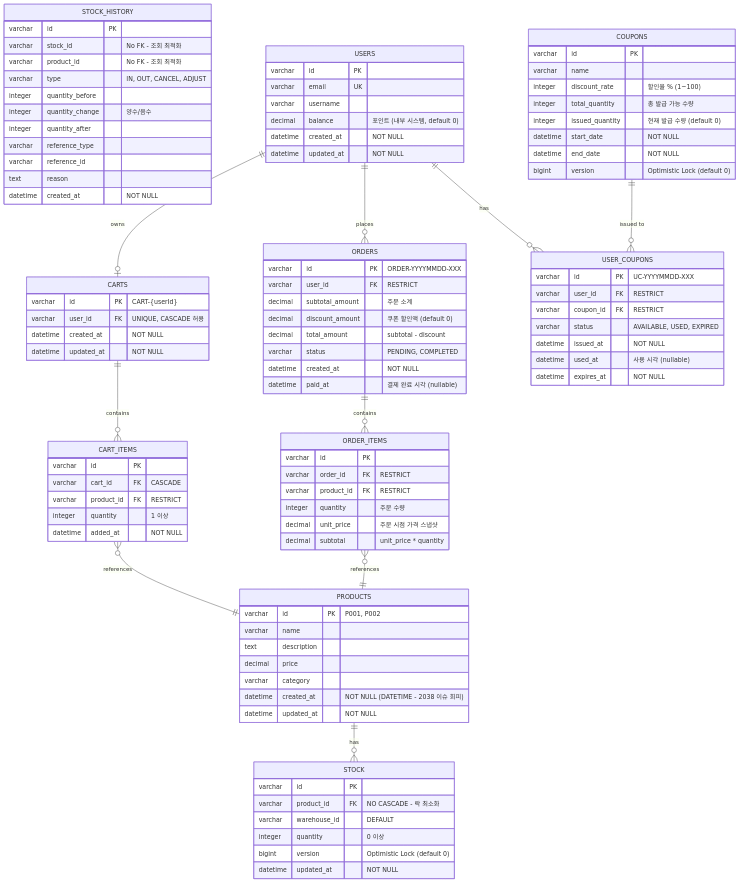
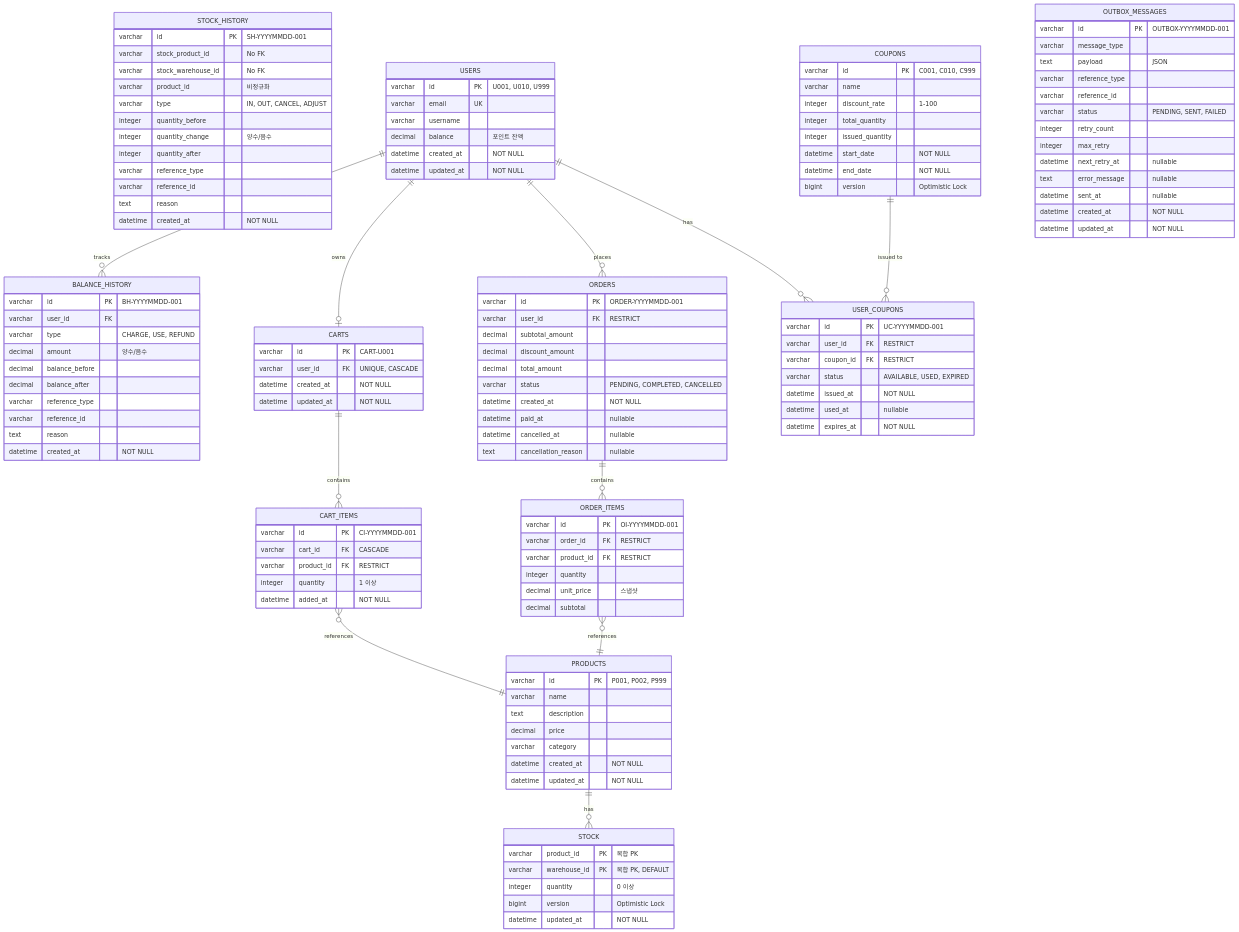
One commit to hkjs96/hhplus-ecommerce changed the diagram in docs/diagrams/erd.md. Above: the diagram before and after it, drawn with Mermaid. The commit also changed other lines of this file and 1 other file, not shown here.

First line of the commit message:
docs: Improve ERD design with 5 critical enhancements (v2.0)

```diff
--- a/docs/diagrams/erd.md
+++ b/docs/diagrams/erd.md
@@ -380,28 +448,28 @@
     %% ====================================
 
     PRODUCTS {
-        varchar id PK "P001, P002"
+        varchar id PK "P001, P002, P999"
         varchar name
         text description
         decimal price
         varchar category
-        datetime created_at "NOT NULL (DATETIME - 2038 이슈 회피)"
+        datetime created_at "NOT NULL"
         datetime updated_at "NOT NULL"
     }
 
     STOCK {
-        varchar id PK
-        varchar product_id FK "NO CASCADE - 락 최소화"
-        varchar warehouse_id "DEFAULT"
+        varchar product_id PK "복합 PK"
+        varchar warehouse_id PK "복합 PK, DEFAULT"
         integer quantity "0 이상"
-        bigint version "Optimistic Lock (default 0)"
+        bigint version "Optimistic Lock"
         datetime updated_at "NOT NULL"
     }
 
     STOCK_HISTORY {
-        varchar id PK
-        varchar stock_id "No FK - 조회 최적화"
-        varchar product_id "No FK - 조회 최적화"
+        varchar id PK "SH-YYYYMMDD-001"
+        varchar stock_product_id "No FK"
+        varchar stock_warehouse_id "No FK"
+        varchar product_id "비정규화"
         varchar type "IN, OUT, CANCEL, ADJUST"
         integer quantity_before
         integer quantity_change "양수/음수"
@@ -413,16 +481,29 @@
     }
 
     %% ====================================
-    %% 사용자
+    %% 사용자 & 포인트
     %% ====================================
 
     USERS {
-        varchar id PK
+        varchar id PK "U001, U010, U999"
         varchar email UK
         varchar username
-        decimal balance "포인트 (내부 시스템, default 0)"
+        decimal balance "포인트 잔액"
         datetime created_at "NOT NULL"
         datetime updated_at "NOT NULL"
+    }
+
+    BALANCE_HISTORY {
+        varchar id PK "BH-YYYYMMDD-001"
+        varchar user_id FK
+        varchar type "CHARGE, USE, REFUND"
+        decimal amount "양수/음수"
+        decimal balance_before
+        decimal balance_after
+        varchar reference_type
+        varchar reference_id
+        text reason
+        datetime created_at "NOT NULL"
     }
 
     %% ====================================
@@ -430,14 +511,14 @@
     %% ====================================
 
     CARTS {
-        varchar id PK "CART-{userId}"
-        varchar user_id FK "UNIQUE, CASCADE 허용"
+        varchar id PK "CART-U001"
+        varchar user_id FK "UNIQUE, CASCADE"
         datetime created_at "NOT NULL"
         datetime updated_at "NOT NULL"
     }
 
     CART_ITEMS {
-        varchar id PK
+        varchar id PK "CI-YYYYMMDD-001"
         varchar cart_id FK "CASCADE"
         varchar product_id FK "RESTRICT"
         integer quantity "1 이상"
@@ -449,23 +530,25 @@
     %% ====================================
 
     ORDERS {
-        varchar id PK "ORDER-YYYYMMDD-XXX"
+        varchar id PK "ORDER-YYYYMMDD-001"
         varchar user_id FK "RESTRICT"
-        decimal subtotal_amount "주문 소계"
-        decimal discount_amount "쿠폰 할인액 (default 0)"
-        decimal total_amount "subtotal - discount"
-        varchar status "PENDING, COMPLETED"
+        decimal subtotal_amount
+        decimal discount_amount
+        decimal total_amount
+        varchar status "PENDING, COMPLETED, CANCELLED"
         datetime created_at "NOT NULL"
-        datetime paid_at "결제 완료 시각 (nullable)"
+        datetime paid_at "nullable"
+        datetime cancelled_at "nullable"
+        text cancellation_reason "nullable"
     }
 
     ORDER_ITEMS {
-        varchar id PK
+        varchar id PK "OI-YYYYMMDD-001"
         varchar order_id FK "RESTRICT"
         varchar product_id FK "RESTRICT"
-        integer quantity "주문 수량"
-        decimal unit_price "주문 시점 가격 스냅샷"
-        decimal subtotal "unit_price * quantity"
+        integer quantity
+        decimal unit_price "스냅샷"
+        decimal subtotal
     }
 
     %% ====================================
@@ -473,24 +556,44 @@
     %% ====================================
 
     COUPONS {
-        varchar id PK
+        varchar id PK "C001, C010, C999"
         varchar name
-        integer discount_rate "할인율 % (1~100)"
-        integer total_quantity "총 발급 가능 수량"
-        integer issued_quantity "현재 발급 수량 (default 0)"
+        integer discount_rate "1-100"
+        integer total_quantity
+        integer issued_quantity
         datetime start_date "NOT NULL"
         datetime end_date "NOT NULL"
-        bigint version "Optimistic Lock (default 0)"
+        bigint version "Optimistic Lock"
     }
 
     USER_COUPONS {
-        varchar id PK "UC-YYYYMMDD-XXX"
+        varchar id PK "UC-YYYYMMDD-001"
         varchar user_id FK "RESTRICT"
         varchar coupon_id FK "RESTRICT"
         varchar status "AVAILABLE, USED, EXPIRED"
         datetime issued_at "NOT NULL"
-        datetime used_at "사용 시각 (nullable)"
+        datetime used_at "nullable"
         datetime expires_at "NOT NULL"
+    }
+
+    %% ====================================
+    %% 외부 연동 (Outbox)
+    %% ====================================
+
+    OUTBOX_MESSAGES {
+        varchar id PK "OUTBOX-YYYYMMDD-001"
+        varchar message_type
+        text payload "JSON"
+        varchar reference_type
+        varchar reference_id
+        varchar status "PENDING, SENT, FAILED"
+        integer retry_count
+        integer max_retry
+        datetime next_retry_at "nullable"
+        text error_message "nullable"
+        datetime sent_at "nullable"
+        datetime created_at "NOT NULL"
+        datetime updated_at "NOT NULL"
     }
 
     %% ====================================
@@ -504,6 +607,7 @@
     USERS ||--o| CARTS : "owns"
     USERS ||--o{ ORDERS : "places"
     USERS ||--o{ USER_COUPONS : "has"
+    USERS ||--o{ BALANCE_HISTORY : "tracks"
 
     %% 장바구니
     CARTS ||--o{ CART_ITEMS : "contains"
```
